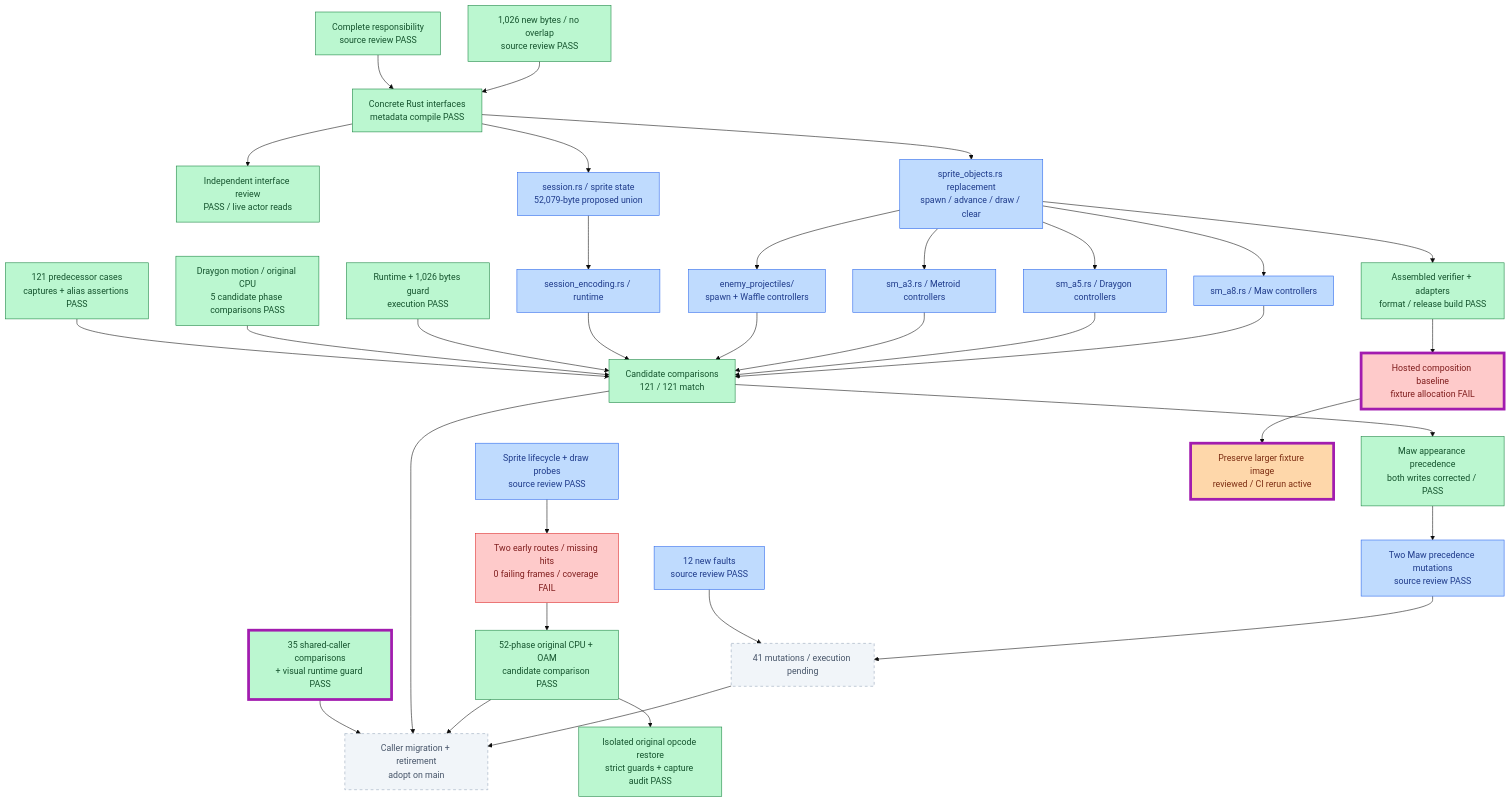
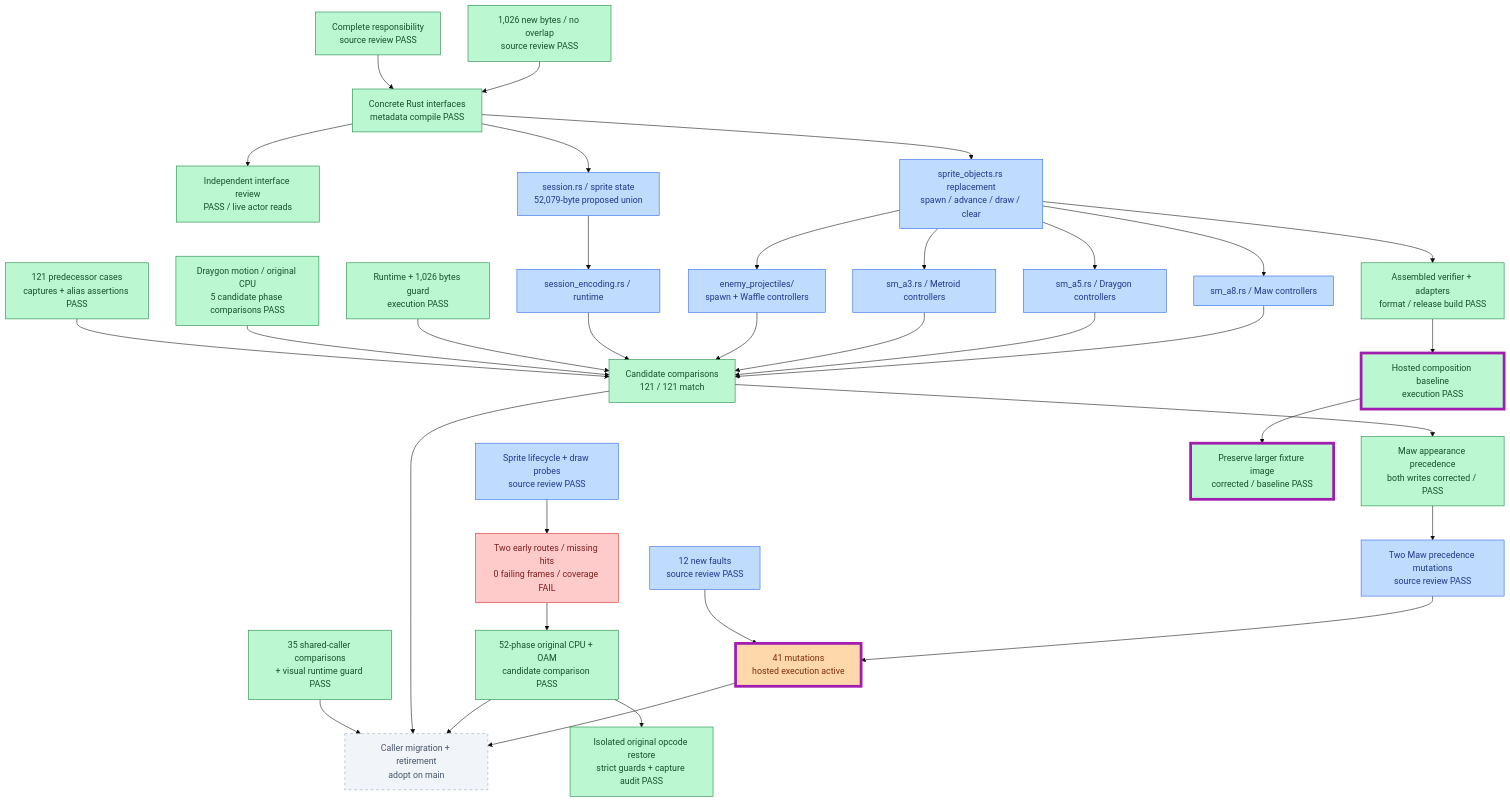
Before and after one commit to JimLundin/sm-decomp: the second of 16 diagrams in PROGRESS.md, drawn with Mermaid (base theme). The commit also changed 1 other file, not shown here.

Commit message:
Record passing hosted baseline and final sprite source accounting
Docs only. Final local release and156 cached comparisons pass, plus CPU/OAM phases and ownership guards. CI40031500027 baseline passes; mutations still running. Production+719 lines separated from verification. Progress counters unchanged; diff check passes.

````diff
--- a/PROGRESS.md
+++ b/PROGRESS.md
@@ -26,43 +26,43 @@
 ```mermaid
 flowchart TB
     CONTRACT["Complete responsibility<br/>source review PASS"]:::done
     UNION["1,026 new bytes / no overlap<br/>source review PASS"]:::done
     CONTRACT --> DECL["Concrete Rust interfaces<br/>metadata compile PASS"]:::done
     UNION --> DECL
     DECL --> REVIEW["Independent interface review<br/>PASS / live actor reads"]:::done
     DECL --> OWNER["session.rs / sprite state<br/>52,079-byte proposed union"]:::checked
     OWNER --> CODEC["session_encoding.rs / runtime"]:::checked
     DECL --> POOL["sprite_objects.rs replacement<br/>spawn / advance / draw / clear"]:::checked
     POOL --> WAFFLE["enemy_projectiles/<br/>spawn + Waffle controllers"]:::checked
     POOL --> METROID["sm_a3.rs / Metroid controllers"]:::checked
     POOL --> DRAYGON["sm_a5.rs / Draygon controllers"]:::checked
     POOL --> MAW["sm_a8.rs / Maw controllers"]:::checked
     BASE["121 predecessor cases<br/>captures + alias assertions PASS"]:::done --> VERIFY["Candidate comparisons<br/>121 / 121 match"]:::done
     VERIFY --> MAWFIX["Maw appearance precedence<br/>both writes corrected / PASS"]:::done
     CPU["Draygon motion / original CPU<br/>5 candidate phase comparisons PASS"]:::done --> VERIFY
     PROBE["Sprite lifecycle + draw probes<br/>source review PASS"]:::checked --> EARLY["Two early routes / missing hits<br/>0 failing frames / coverage FAIL"]:::failed
     EARLY --> MOVIE["52-phase original CPU + OAM<br/>candidate comparison PASS"]:::done
     MOVIE --> HOOKFIX["Isolated original opcode restore<br/>strict guards + capture audit PASS"]:::done
     POOL --> BUILD["Assembled verifier + adapters<br/>format / release build PASS"]:::done
-    BUILD --> HOST["Hosted composition baseline<br/>fixture allocation FAIL"]:::failed
-    HOST --> HOSTFIX["Preserve larger fixture image<br/>reviewed / CI rerun active"]:::active
+    BUILD --> HOST["Hosted composition baseline<br/>execution PASS"]:::done
+    HOST --> HOSTFIX["Preserve larger fixture image<br/>corrected / baseline PASS"]:::done
     GUARD["Runtime + 1,026 bytes guard<br/>execution PASS"]:::done --> VERIFY
-    MUT["12 new faults<br/>source review PASS"]:::checked --> KILLS["41 mutations / execution pending"]:::pending
+    MUT["12 new faults<br/>source review PASS"]:::checked --> KILLS["41 mutations<br/>hosted execution active"]:::active
     MAWFIX --> MAWMUT["Two Maw precedence mutations<br/>source review PASS"]:::checked --> KILLS
     SHARED["35 shared-caller comparisons<br/>+ visual runtime guard PASS"]:::done --> ADOPT
     CODEC --> VERIFY
     WAFFLE --> VERIFY
     METROID --> VERIFY
     DRAYGON --> VERIFY
     MAW --> VERIFY
     VERIFY --> ADOPT["Caller migration + retirement<br/>adopt on main"]:::pending
     MOVIE --> ADOPT
     KILLS --> ADOPT
-    class HOST,HOSTFIX,SHARED changed
+    class HOST,HOSTFIX,KILLS changed
     classDef checked fill:#bfdbfe,stroke:#2563eb,color:#1e3a8a
     classDef failed fill:#fecaca,stroke:#dc2626,color:#7f1d1d
     classDef done fill:#bbf7d0,stroke:#15803d,color:#14532d
     classDef active fill:#fed7aa,stroke:#ea580c,color:#7c2d12
     classDef pending fill:#f1f5f9,stroke:#94a3b8,color:#475569,stroke-dasharray:5 5
     classDef changed stroke:#a21caf,stroke-width:5px
 ```
````
